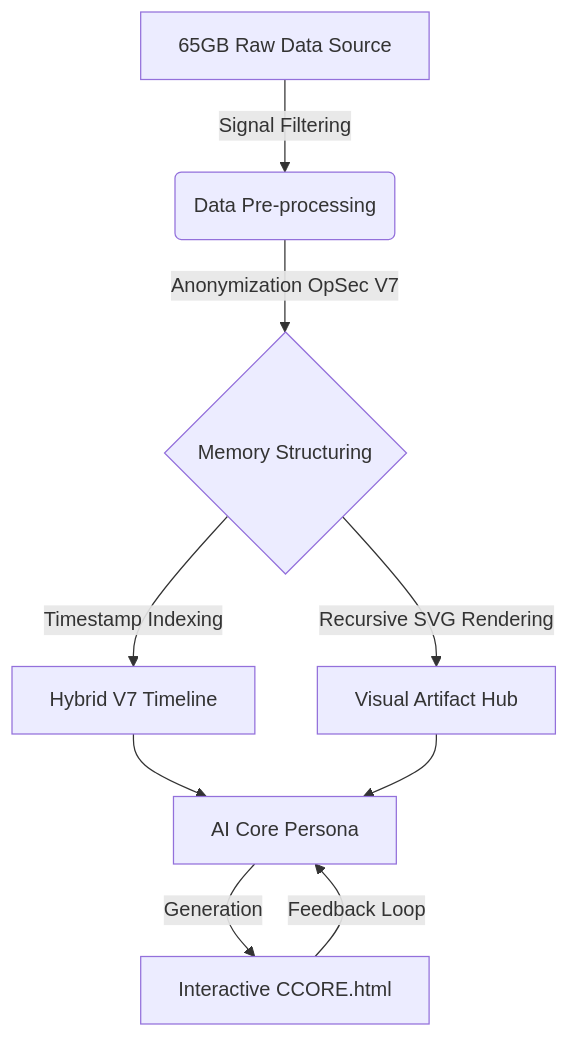
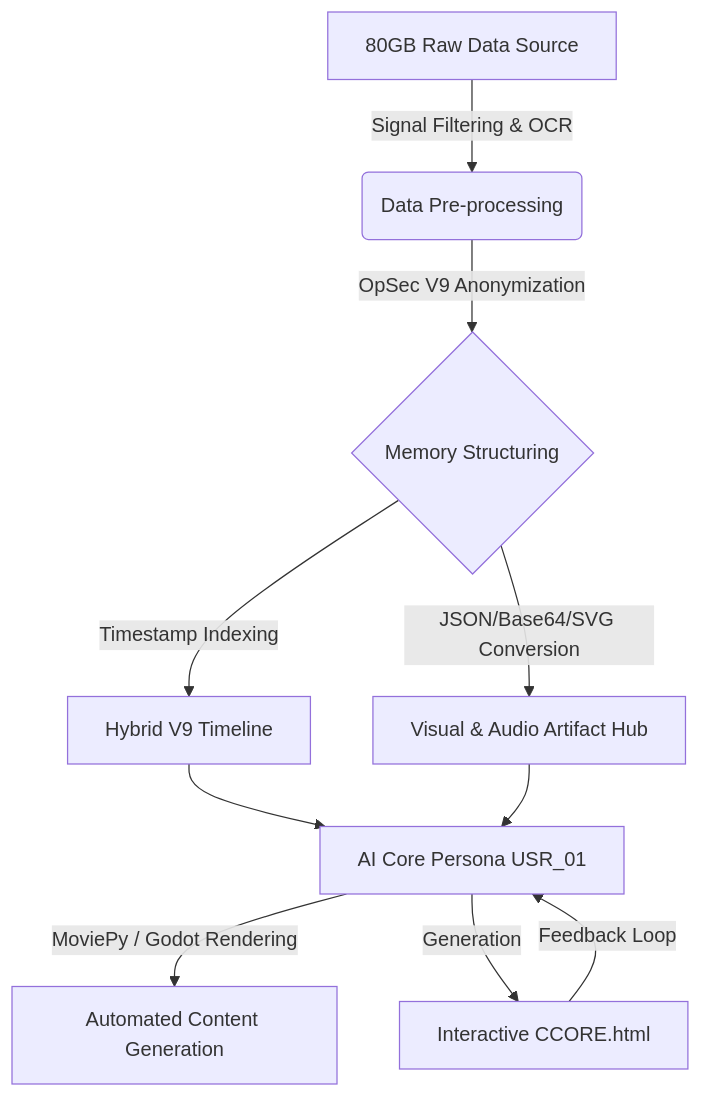
Before and after one commit to ChimeraCoreLab/chimera-core-memory-synthesis: the diagram in README.md, drawn with Mermaid. The commit also changed other lines of this file, not shown here.

First line of the commit message:
Revise README for OpSec V9 and project updates

````diff
--- a/README.md
+++ b/README.md
@@ -81,11 +84,12 @@
 ```mermaid
 graph TD
-    A[65GB Raw Data Source] -->|Signal Filtering| B(Data Pre-processing)
-    B -->|Anonymization OpSec V7| C{Memory Structuring}
-    C -->|Timestamp Indexing| D[Hybrid V7 Timeline]
-    C -->|Recursive SVG Rendering| E[Visual Artifact Hub]
-    D --> F[AI Core Persona]
+    A[80GB Raw Data Source] -->|Signal Filtering & OCR| B(Data Pre-processing)
+    B -->|OpSec V9 Anonymization| C{Memory Structuring}
+    C -->|Timestamp Indexing| D[Hybrid V9 Timeline]
+    C -->|JSON/Base64/SVG Conversion| E[Visual & Audio Artifact Hub]
+    D --> F[AI Core Persona USR_01]
     E --> F
-    F -->|Generation| G[Interactive CCORE.html]
-    G -->|Feedback Loop| F
+    F -->|MoviePy / Godot Rendering| G[Automated Content Generation]
+    F -->|Generation| H[Interactive CCORE.html]
+    H -->|Feedback Loop| F
 ```
````
